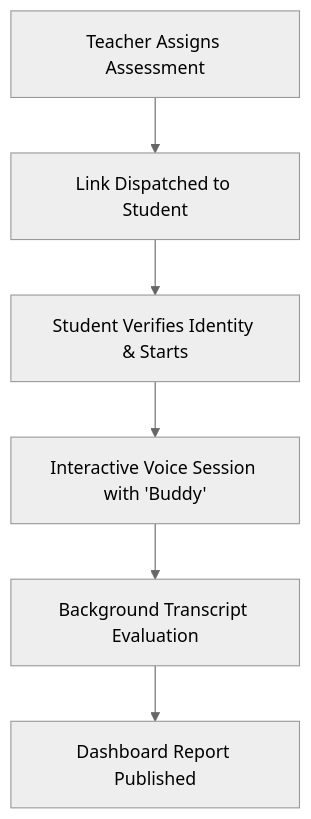
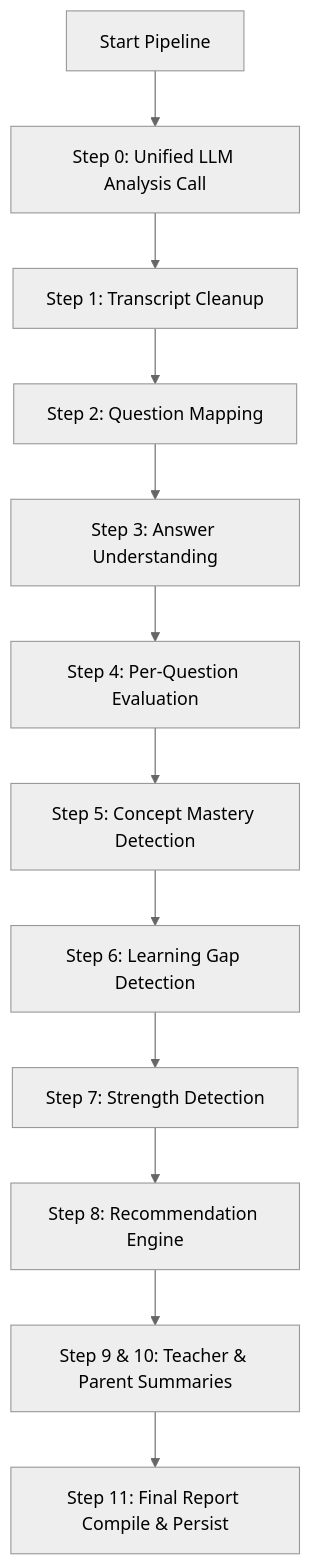
Before and after one commit to unnatishrotriya07/primary-assessment-backend: the second of 2 diagrams in INTERVIEW_SYSTEM.md, drawn with Mermaid (neutral theme). The commit also changed other lines of this file and 32 other files, not shown here.

Commit message:
feat(voice): implement oral assessment voice engine, conversation integration and evaluation pipeline

````diff
--- a/INTERVIEW_SYSTEM.md
+++ b/INTERVIEW_SYSTEM.md
@@ -39,8 +117,14 @@
 ```mermaid
 graph TD
-    A[Teacher Assigns Assessment] --> B[Link Dispatched to Student]
-    B --> C[Student Verifies Identity & Starts]
-    C --> D[Interactive Voice Session with 'Buddy']
-    D --> E[Background Transcript Evaluation]
-    E --> F[Dashboard Report Published]
+    A[Start Pipeline] --> B[Step 0: Unified LLM Analysis Call]
+    B --> C[Step 1: Transcript Cleanup]
+    C --> D[Step 2: Question Mapping]
+    D --> E[Step 3: Answer Understanding]
+    E --> F[Step 4: Per-Question Evaluation]
+    F --> G[Step 5: Concept Mastery Detection]
+    G --> H[Step 6: Learning Gap Detection]
+    H --> I[Step 7: Strength Detection]
+    I --> J[Step 8: Recommendation Engine]
+    J --> K[Step 9 & 10: Teacher & Parent Summaries]
+    K --> L[Step 11: Final Report Compile & Persist]
 ```
````
